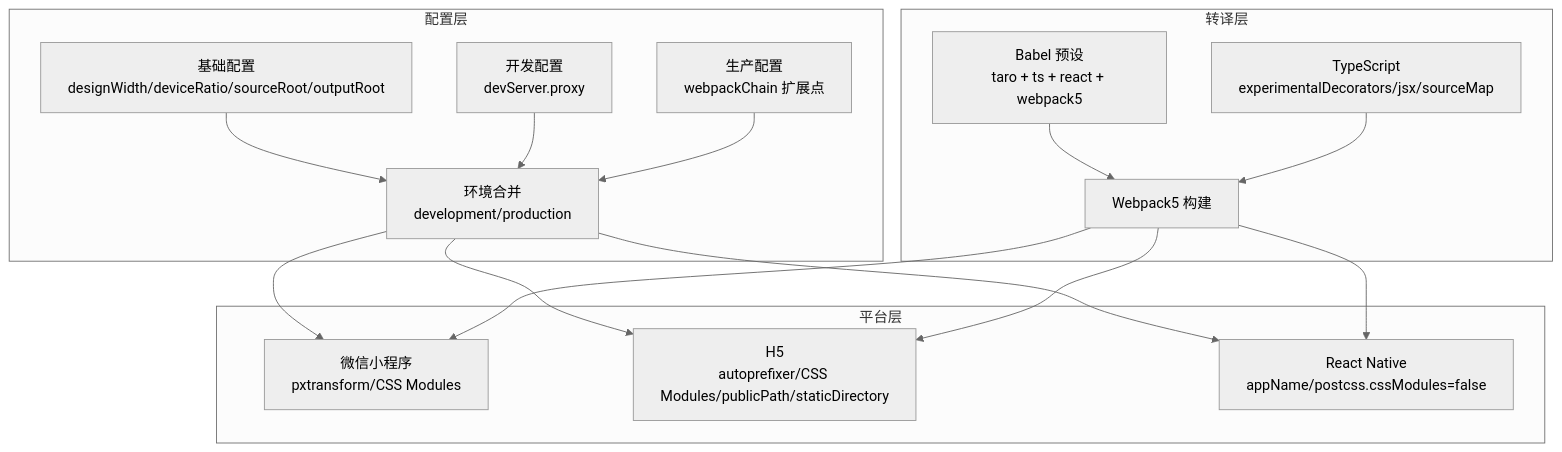
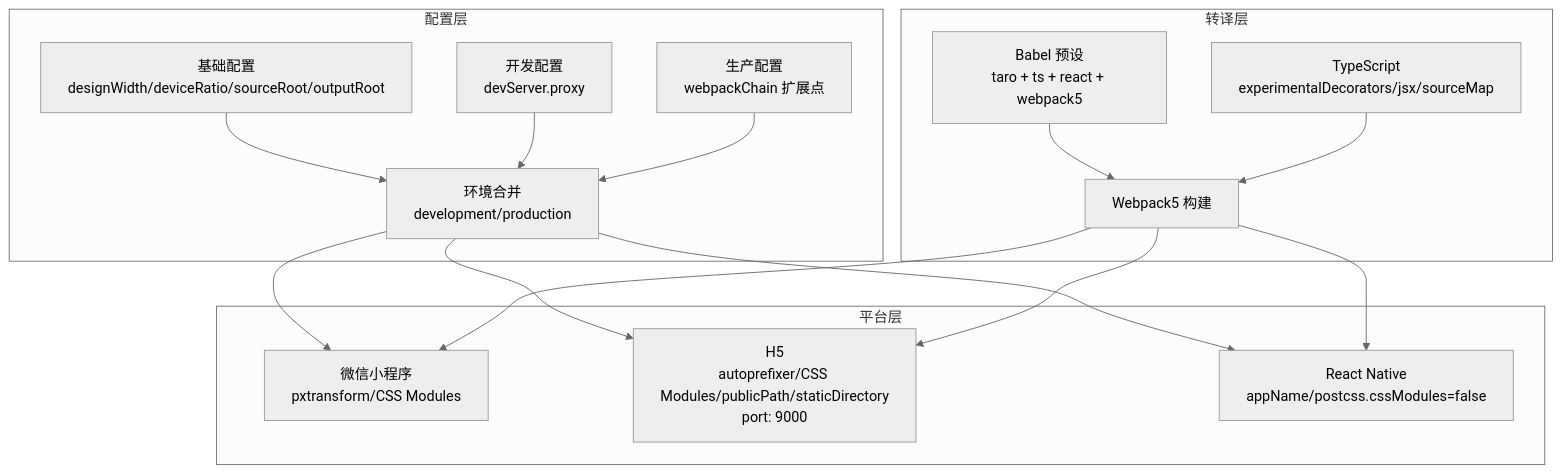
One commit to zuolinbao/redbook changed the second of 10 diagrams in .qoder/repowiki/zh/content/架构设计/构建配置系统.md. Above: the diagram before and after it, drawn with Mermaid (neutral theme). The commit also changed other lines of this file and 8 other files, not shown here.

Commit message:
feat: 新增Icon组件，SliderVerify使用SVG图标替代emoji

````diff
--- a/.qoder/repowiki/zh/content/架构设计/构建配置系统.md
+++ b/.qoder/repowiki/zh/content/架构设计/构建配置系统.md
@@ -78,23 +87,23 @@
 ```mermaid
 graph TB
 subgraph "配置层"
 Base["基础配置<br/>designWidth/deviceRatio/sourceRoot/outputRoot"] --> Merge["环境合并<br/>development/production"]
 Dev["开发配置<br/>devServer.proxy"] --> Merge
 Prod["生产配置<br/>webpackChain 扩展点"] --> Merge
 end
 subgraph "转译层"
 Babel["Babel 预设<br/>taro + ts + react + webpack5"] --> Build["Webpack5 构建"]
 TS["TypeScript<br/>experimentalDecorators/jsx/sourceMap"] --> Build
 end
 subgraph "平台层"
 Mini["微信小程序<br/>pxtransform/CSS Modules"]
-H5["H5<br/>autoprefixer/CSS Modules/publicPath/staticDirectory"]
+H5["H5<br/>autoprefixer/CSS Modules/publicPath/staticDirectory<br/>port: 9000"]
 RN["React Native<br/>appName/postcss.cssModules=false"]
 end
 Merge --> Mini
 Merge --> H5
 Merge --> RN
 Build --> Mini
 Build --> H5
 Build --> RN
 ```
````
